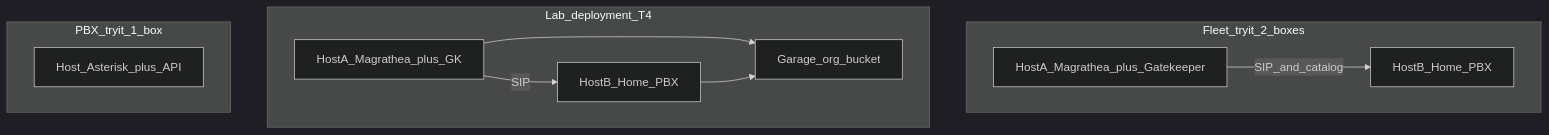
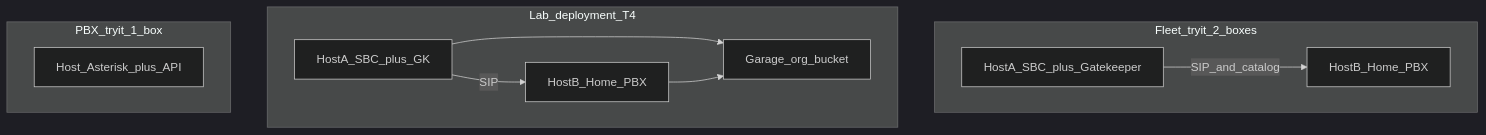
Before and after one commit to pbx3-oss/pbx3: the diagram in workingdocs/FLEET_TRYIT_DEPLOYMENT_REQUIREMENTS.md, drawn with Mermaid (dark theme). The commit also changed other lines of this file and 65 other files, not shown here.

First line of the commit message:
Scrub SARK/Magrathea branding and move competitive architecture docs out.

````diff
--- a/workingdocs/FLEET_TRYIT_DEPLOYMENT_REQUIREMENTS.md
+++ b/workingdocs/FLEET_TRYIT_DEPLOYMENT_REQUIREMENTS.md
@@ -79,19 +79,19 @@
 ```mermaid
 flowchart TB
   subgraph tryFleet [Fleet_tryit_2_boxes]
-    H1[HostA_Magrathea_plus_Gatekeeper]
+    H1[HostA_SBC_plus_Gatekeeper]
     H2[HostB_Home_PBX]
     H1 -->|SIP_and_catalog| H2
   end
   subgraph tryLab [Lab_deployment_T4]
-    L1[HostA_Magrathea_plus_GK]
+    L1[HostA_SBC_plus_GK]
     L2[HostB_Home_PBX]
     Lg[Garage_org_bucket]
     L1 --> Lg
     L2 --> Lg
     L1 -->|SIP| L2
   end
   subgraph tryPbx [PBX_tryit_1_box]
     H3[Host_Asterisk_plus_API]
   end
 ```
````
